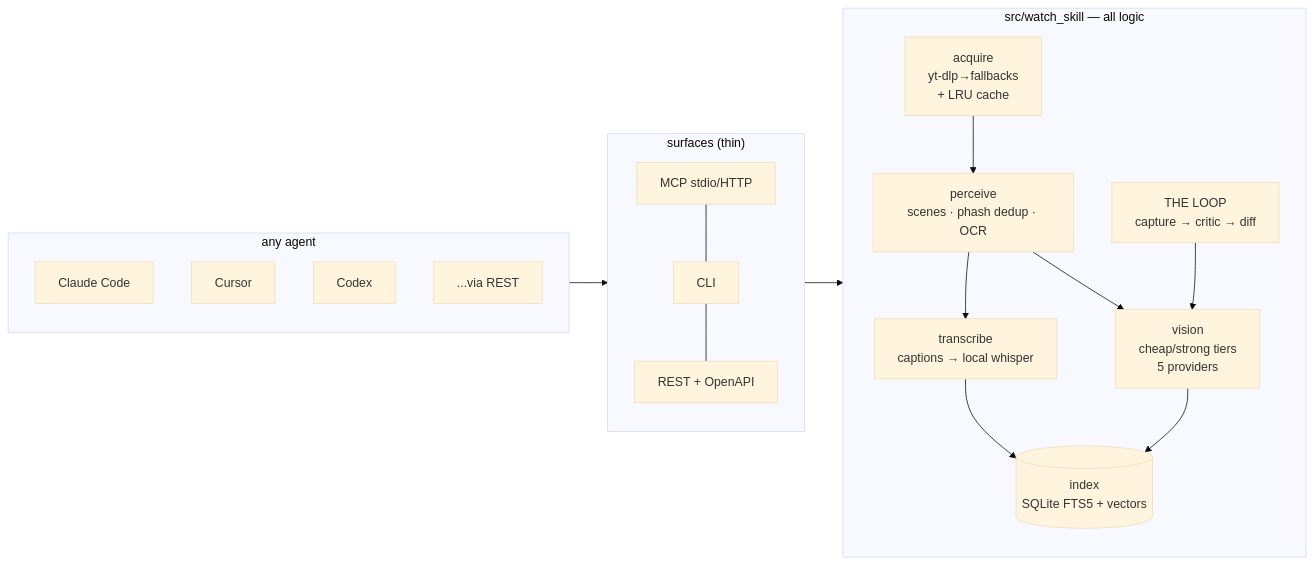
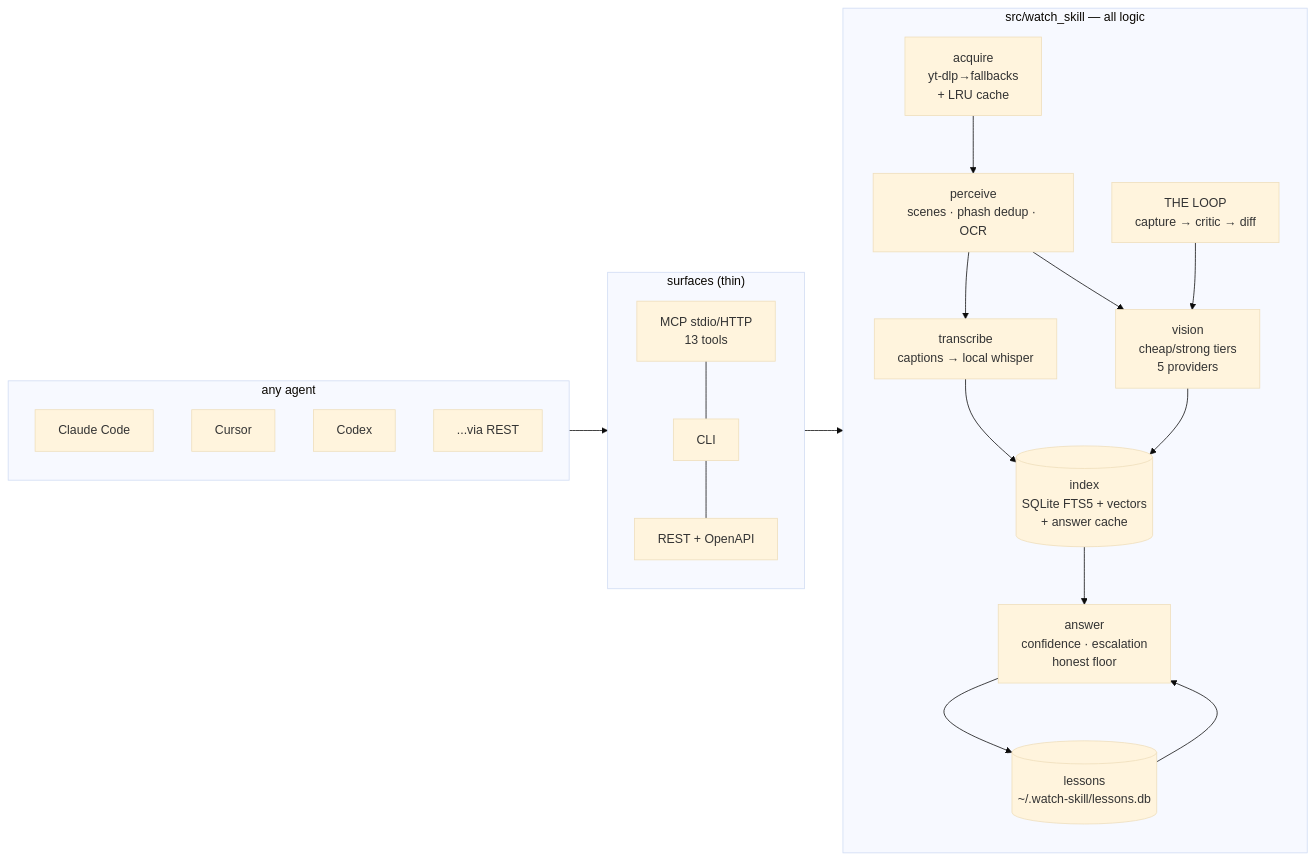
Before and after one commit to oxbshw/watch-skill: the diagram in README.md, drawn with Mermaid (base theme). The commit also changed other lines of this file, not shown here.

Commit message:
docs: rewrite README as Watch Skill landing page

````diff
--- a/README.md
+++ b/README.md
@@ -83,18 +155,21 @@
 ```mermaid
 flowchart LR
     subgraph agents["any agent"]
         CC[Claude Code] & CU[Cursor] & CX[Codex] & GA["...via REST"]
     end
     subgraph surfaces["surfaces (thin)"]
-        MCP[MCP stdio/HTTP] --- CLI[CLI] --- API[REST + OpenAPI]
+        MCP["MCP stdio/HTTP<br/>13 tools"] --- CLI[CLI] --- API[REST + OpenAPI]
     end
     subgraph core["src/watch_skill — all logic"]
         AC[acquire<br/>yt-dlp→fallbacks<br/>+ LRU cache] --> PE[perceive<br/>scenes · phash dedup · OCR]
         PE --> TR[transcribe<br/>captions → local whisper]
-        TR --> IX[(index<br/>SQLite FTS5 + vectors)]
+        TR --> IX[(index<br/>SQLite FTS5 + vectors<br/>+ answer cache)]
         PE --> VI[vision<br/>cheap/strong tiers<br/>5 providers]
         VI --> IX
+        IX --> AN[answer<br/>confidence · escalation<br/>honest floor]
+        LS[(lessons<br/>~/.watch-skill/lessons.db)] --> AN
+        AN --> LS
         LP[THE LOOP<br/>capture → critic → diff] --> VI
     end
     agents --> surfaces --> core
 ```
````
